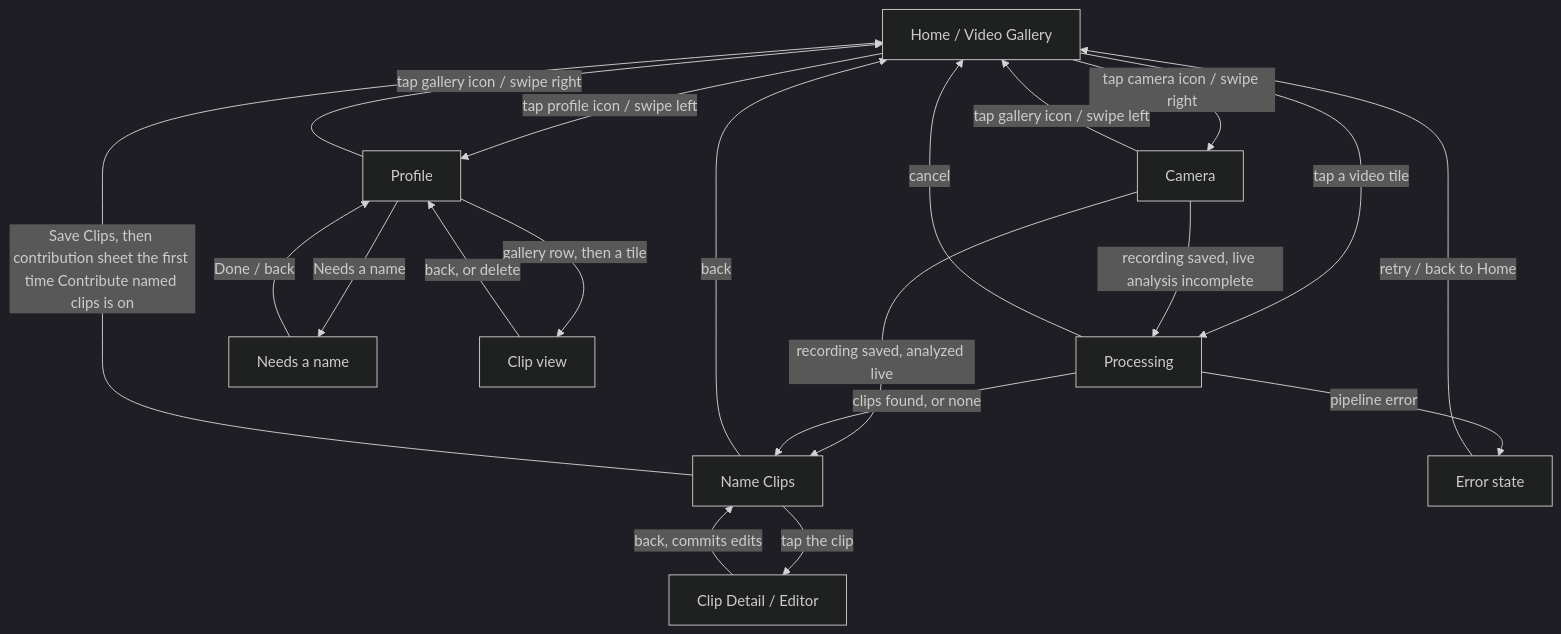
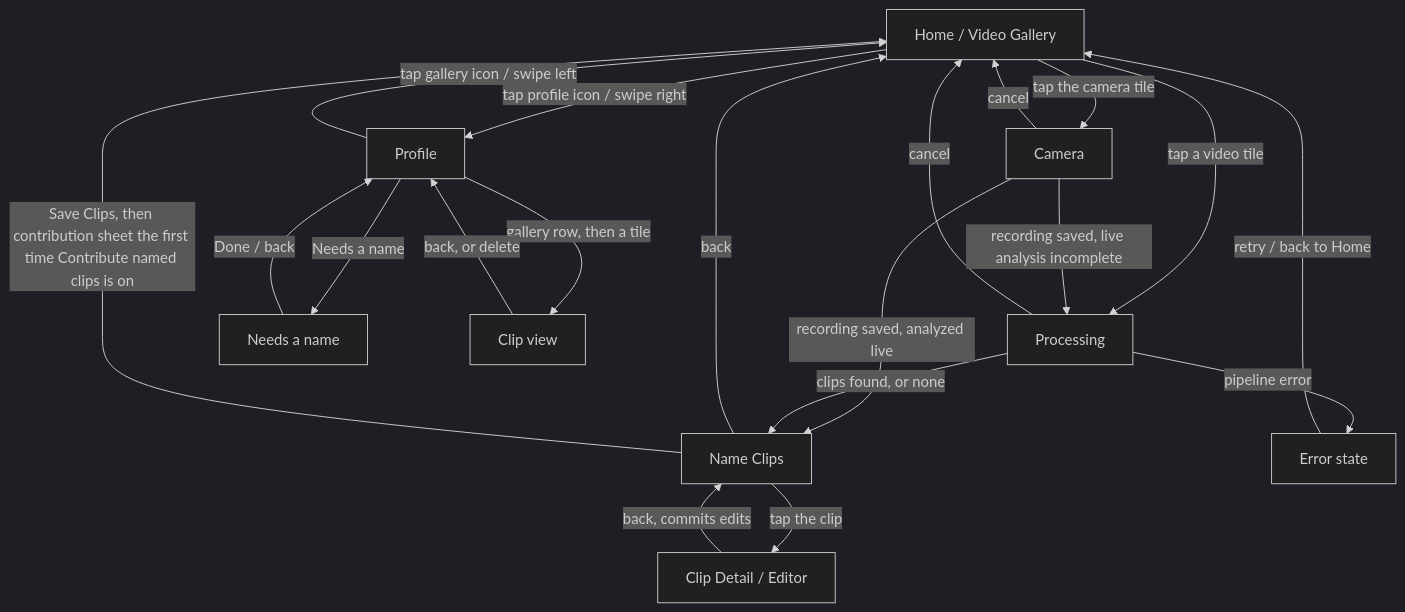
One commit to Museoie/turnip-ios changed the diagram in docs/UIUX.md. Above: the diagram before and after it, drawn with Mermaid (dark theme). The commit also changed other lines of this file and 17 other files, not shown here.

````diff
--- a/docs/UIUX.md
+++ b/docs/UIUX.md
@@ -222,22 +232,22 @@
 ```mermaid
 flowchart TD
     A[Home / Video Gallery] -->|tap a video tile| B[Processing]
-    A -->|tap camera icon / swipe right| G[Camera]
-    G -->|tap gallery icon / swipe left| A
-    A -->|tap profile icon / swipe left| P[Profile]
-    P -->|tap gallery icon / swipe right| A
+    A -->|tap the camera tile| G[Camera]
+    G -->|cancel| A
+    A -->|tap profile icon / swipe right| P[Profile]
+    P -->|tap gallery icon / swipe left| A
     G -->|recording saved, analyzed live| N
     G -->|recording saved, live analysis incomplete| B
     B -->|clips found, or none| N[Name Clips]
     B -->|pipeline error| E2[Error state]
     B -->|cancel| A
     E2 -->|retry / back to Home| A
     N -->|tap the clip| D[Clip Detail / Editor]
     D -->|back, commits edits| N
     N -->|back| A
     N -->|Save Clips, then contribution sheet the first time Contribute named clips is on| A
     P -->|Needs a name| NN[Needs a name]
     NN -->|Done / back| P
     P -->|gallery row, then a tile| CV[Clip view]
     CV -->|back, or delete| P
 ```
````
